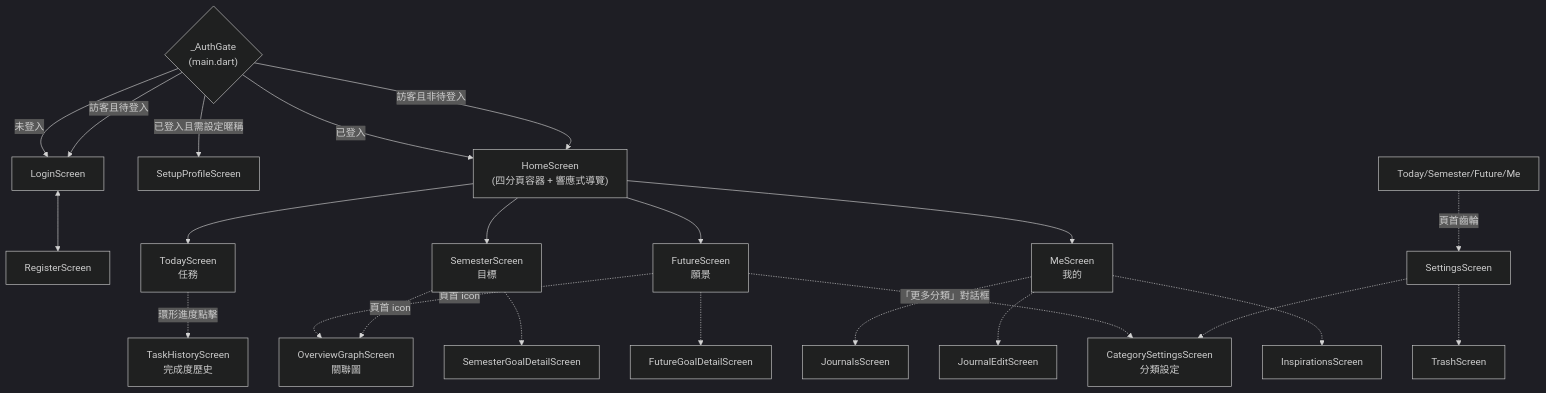
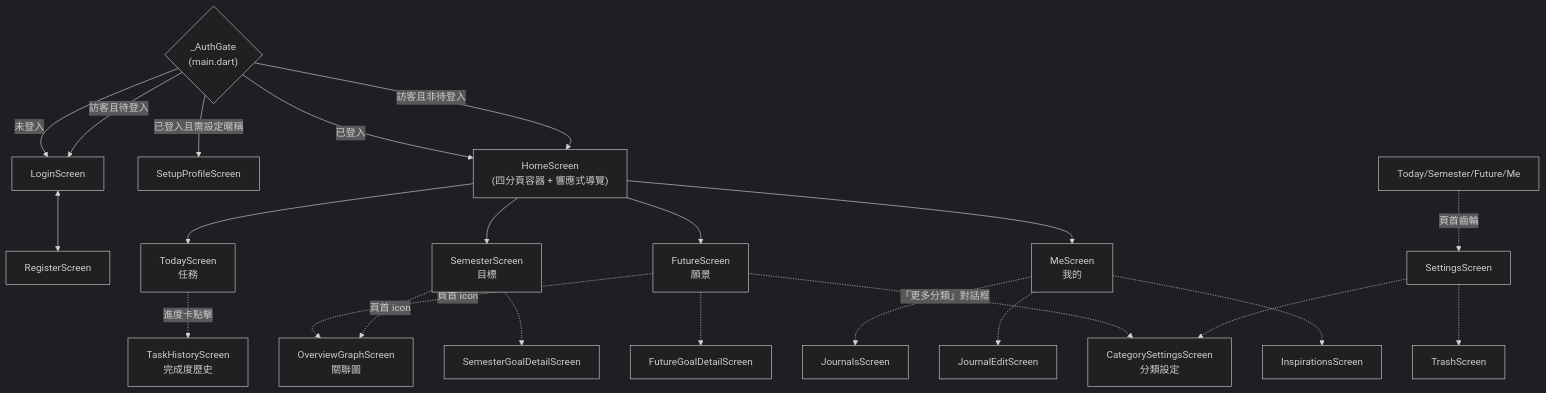
The second of 10 diagrams in docs/system_design.md (octofield/URniversity), drawn with Mermaid (dark theme) before and after one commit. The commit also changed other lines of this file and 75 other files, not shown here.

````diff
--- a/docs/system_design.md
+++ b/docs/system_design.md
@@ -43,38 +43,38 @@
 ```mermaid
 flowchart TD
     Gate{"_AuthGate\n(main.dart)"}
     Login["LoginScreen"]
     Register["RegisterScreen"]
     Setup["SetupProfileScreen"]
     Home["HomeScreen\n(四分頁容器 + 響應式導覽)"]
 
     Today["TodayScreen\n任務"]
     Semester["SemesterScreen\n目標"]
     Future["FutureScreen\n願景"]
     Me["MeScreen\n我的"]
 
     Gate -->|訪客且非待登入| Home
     Gate -->|訪客且待登入| Login
     Gate -->|已登入且需設定暱稱| Setup
     Gate -->|已登入| Home
     Gate -->|未登入| Login
     Login <--> Register
 
     Home --> Today
     Home --> Semester
     Home --> Future
     Home --> Me
 
-    Today -.->|環形進度點擊| History["TaskHistoryScreen\n完成度歷史"]
+    Today -.->|進度卡點擊| History["TaskHistoryScreen\n完成度歷史"]
     Semester -.->|頁首 icon| Graph["OverviewGraphScreen\n關聯圖"]
     Future -.->|頁首 icon| Graph
     Semester -.-> SemDetail["SemesterGoalDetailScreen"]
     Future -.-> FutDetail["FutureGoalDetailScreen"]
     Me -.-> Journals["JournalsScreen"]
     Me -.-> JournalEdit["JournalEditScreen"]
     Me -.-> Inspirations["InspirationsScreen"]
     Today/Semester/Future/Me -.->|頁首齒輪| Settings["SettingsScreen"]
     Settings -.-> Trash["TrashScreen"]
     Settings -.-> CatSettings["CategorySettingsScreen\n分類設定"]
     Future -.->|「更多分類」對話框| CatSettings
 ```
````
